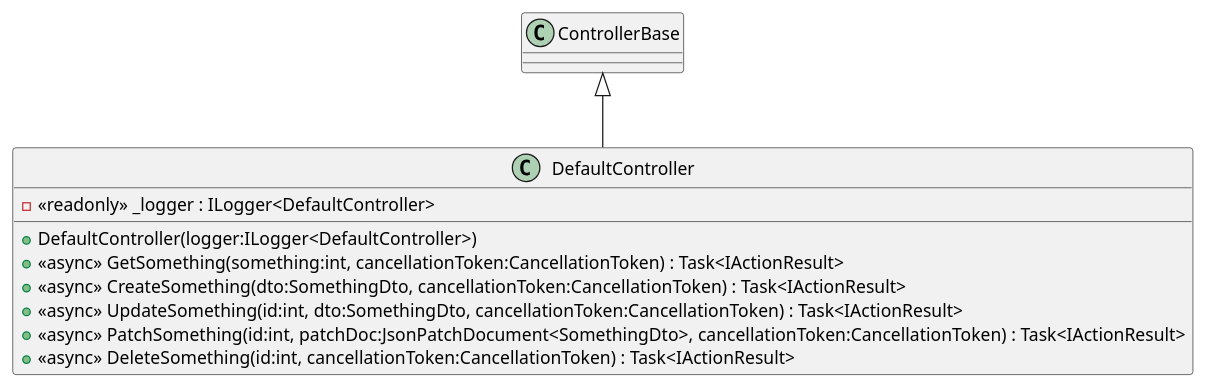
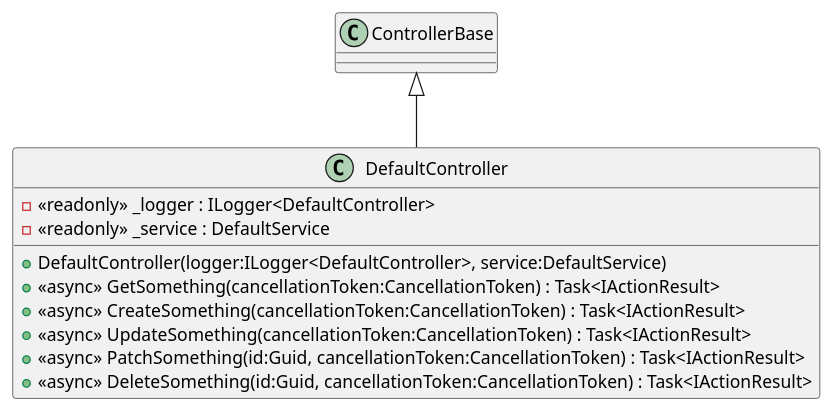
The diagram in __extras__/docu/plantuml/DefaultController.puml (domoar/CleanArchitectureTemplate), drawn with PlantUML before and after one commit. The commit also changed 2 other files, not shown here.

Commit message:
chore: update PlantUML diagrams

```diff
--- a/__extras__/docu/plantuml/DefaultController.puml
+++ b/__extras__/docu/plantuml/DefaultController.puml
@@ -1,12 +1,13 @@
 @startuml
 class DefaultController {
     - <<readonly>> _logger : ILogger<DefaultController>
-    + DefaultController(logger:ILogger<DefaultController>)
-    + <<async>> GetSomething(something:int, cancellationToken:CancellationToken) : Task<IActionResult>
-    + <<async>> CreateSomething(dto:SomethingDto, cancellationToken:CancellationToken) : Task<IActionResult>
-    + <<async>> UpdateSomething(id:int, dto:SomethingDto, cancellationToken:CancellationToken) : Task<IActionResult>
-    + <<async>> PatchSomething(id:int, patchDoc:JsonPatchDocument<SomethingDto>, cancellationToken:CancellationToken) : Task<IActionResult>
-    + <<async>> DeleteSomething(id:int, cancellationToken:CancellationToken) : Task<IActionResult>
+    - <<readonly>> _service : DefaultService
+    + DefaultController(logger:ILogger<DefaultController>, service:DefaultService)
+    + <<async>> GetSomething(cancellationToken:CancellationToken) : Task<IActionResult>
+    + <<async>> CreateSomething(cancellationToken:CancellationToken) : Task<IActionResult>
+    + <<async>> UpdateSomething(cancellationToken:CancellationToken) : Task<IActionResult>
+    + <<async>> PatchSomething(id:Guid, cancellationToken:CancellationToken) : Task<IActionResult>
+    + <<async>> DeleteSomething(id:Guid, cancellationToken:CancellationToken) : Task<IActionResult>
 }
 ControllerBase <|-- DefaultController
 @enduml
```
